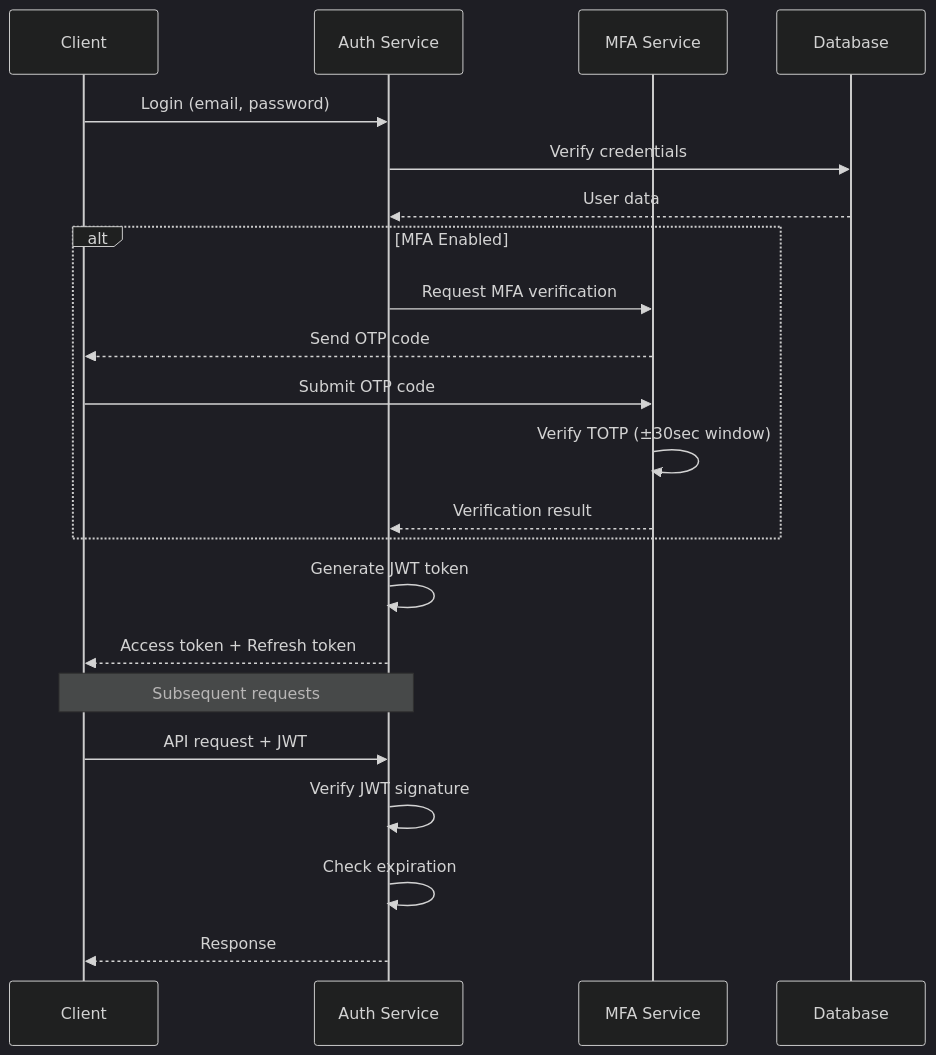
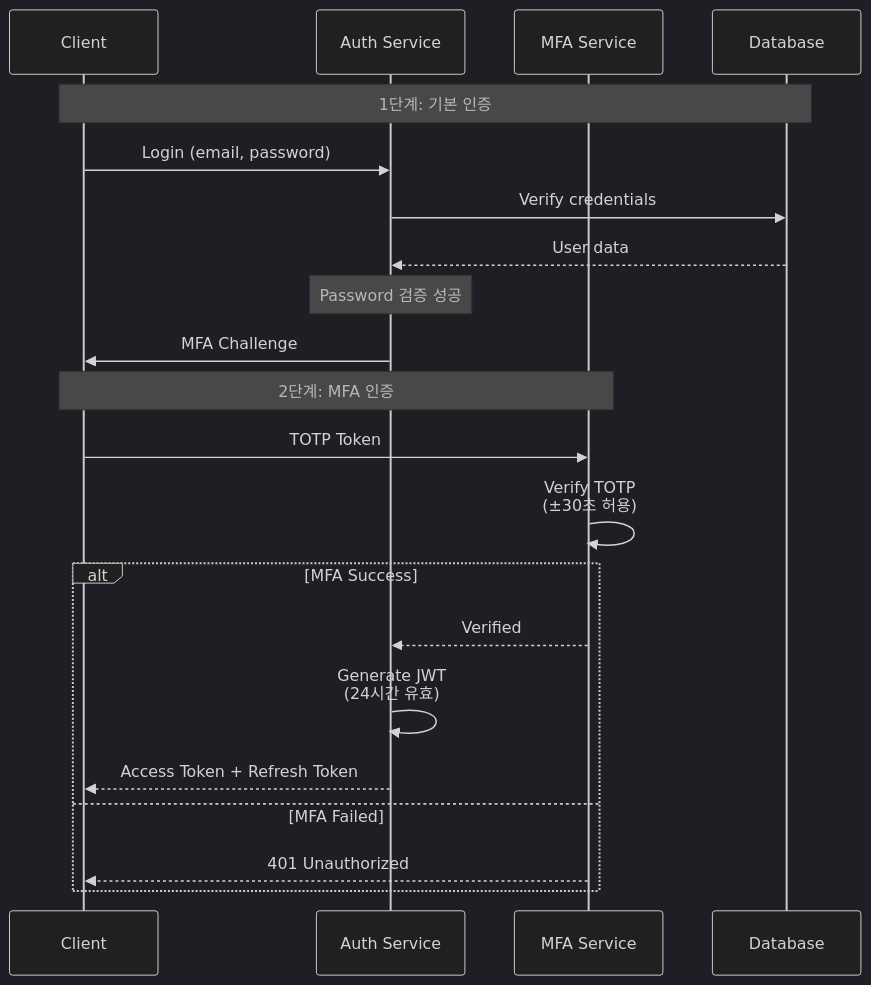
Diagram 11 of 13 in README.md (1985jwlee/production-iot-backend), drawn with Mermaid (dark theme) before and after one commit. The commit also changed other lines of this file and 1 other file, not shown here.

````diff
--- a/README.md
+++ b/README.md
@@ -761,28 +586,30 @@
 ```mermaid
 sequenceDiagram
     participant C as Client
     participant A as Auth Service
-    participant M as MFA Service
+    participant MFA as MFA Service
     participant DB as Database
+    
+    Note over C,DB: 1단계: 기본 인증
     
     C->>A: Login (email, password)
     A->>DB: Verify credentials
     DB-->>A: User data
     
-    alt MFA Enabled
-        A->>M: Request MFA verification
-        M-->>C: Send OTP code
-        C->>M: Submit OTP code
-        M->>M: Verify TOTP (±30sec window)
-        M-->>A: Verification result
+    Note over A: Password 검증 성공
+    
+    A->>C: MFA Challenge
+    
+    Note over C,MFA: 2단계: MFA 인증
+    
+    C->>MFA: TOTP Token
+    MFA->>MFA: Verify TOTP<br/>(±30초 허용)
+    
+    alt MFA Success
+        MFA-->>A: Verified
+        A->>A: Generate JWT<br/>(24시간 유효)
+        A-->>C: Access Token + Refresh Token
+    else MFA Failed
+        MFA-->>C: 401 Unauthorized
     end
-    
-    A->>A: Generate JWT token
-    A-->>C: Access token + Refresh token
-    
-    Note over C,A: Subsequent requests
-    C->>A: API request + JWT
-    A->>A: Verify JWT signature
-    A->>A: Check expiration
-    A-->>C: Response
 ```
````
